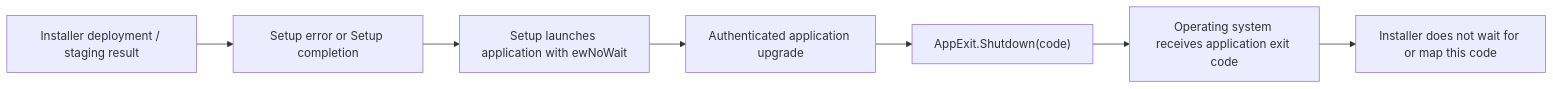
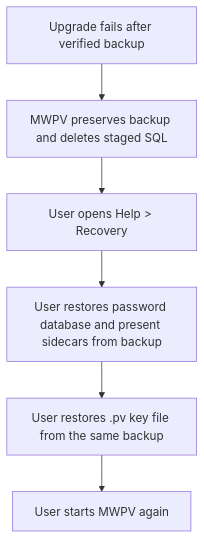
The sixth of 6 diagrams in docs/MWPV_Installer_Upgrade_and_Rollback_Flow.md (pgmrdlm/MWPV), drawn with Mermaid before and after one commit. The commit also changed other lines of this file and 5 other files, not shown here.

````diff
--- a/docs/MWPV_Installer_Upgrade_and_Rollback_Flow.md
+++ b/docs/MWPV_Installer_Upgrade_and_Rollback_Flow.md
@@ -139,9 +149,8 @@
 ```mermaid
-flowchart LR
-  A["Installer deployment / staging result"] --> B["Setup error or Setup completion"]
-  B --> C["Setup launches application with ewNoWait"]
-  C --> D["Authenticated application upgrade"]
-  D --> E["AppExit.Shutdown(code)"]
-  E --> F["Operating system receives application exit code"]
-  F --> G["Installer does not wait for or map this code"]
+flowchart TD
+  A["Upgrade fails after verified backup"] --> B["MWPV preserves backup and deletes staged SQL"]
+  B --> C["User opens Help > Recovery"]
+  C --> D["User restores password database and present sidecars from backup"]
+  D --> E["User restores .pv key file from the same backup"]
+  E --> F["User starts MWPV again"]
 ```
````
